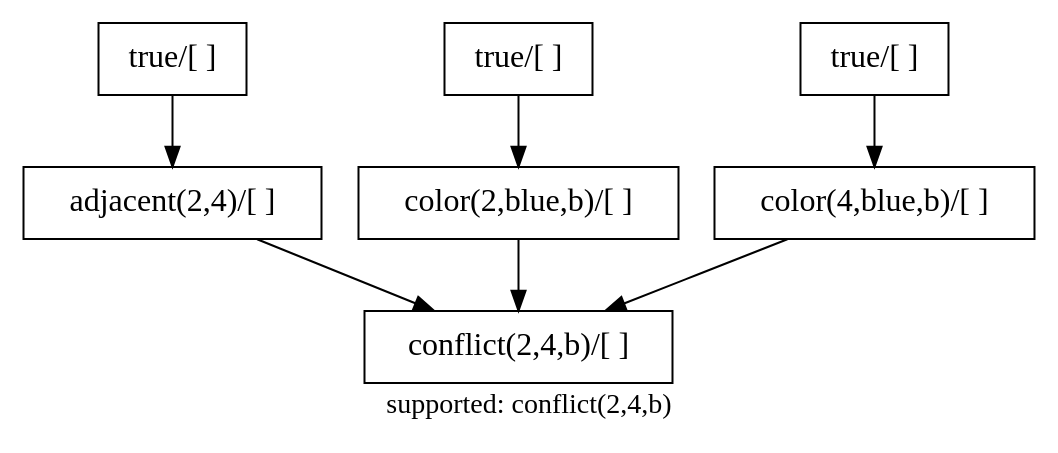
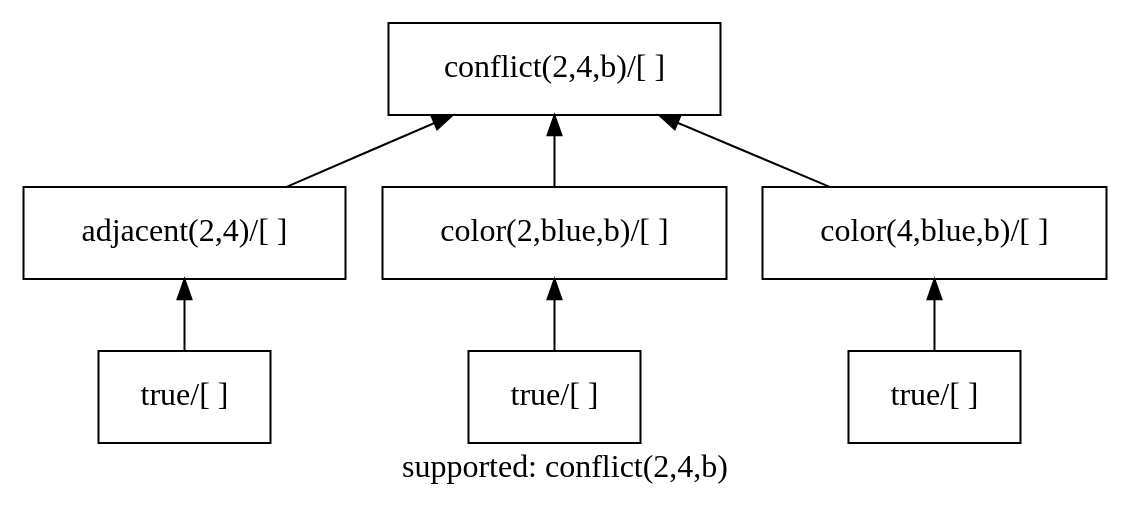
One commit to ponyatov/boox changed the diagram in prolog/fisher/f2_1_3.dot. Above: the diagram before and after it, drawn with Graphviz. The commit also changed 2 other files, not shown here.

```diff
--- a/prolog/fisher/f2_1_3.dot
+++ b/prolog/fisher/f2_1_3.dot
@@ -1,24 +1,26 @@
 digraph {
 # layout=neato ;
-
-node [fontsize=16;shape=rectangle];
+graph[margin=0];
+fontsize=16;
+rankdir=BT;
+node [fontsize=16;margin=0.2;shape=rectangle];
 #1 -- 2;
 #1 -- 3;
 #1 -- 4;
 #1 -- 5;
 #2 -- 3;
 #2 -- 4;
 #3 -- 4;
 #4 -- 5;
 label="supported: conflict(2,4,b)"
  A [label="conflict(2,4,b)/[ ]"];
  B [label="adjacent(2,4)/[ ]"];
  C [label="color(2,blue,b)/[ ]"];
  D [label="color(4,blue,b)/[ ]"];
  E [label="true/[ ]"];
  F [label="true/[ ]"];
  G [label="true/[ ]"];
  E -> B -> A ;
  F -> C -> A ;
  G -> D -> A ;
 }
```
